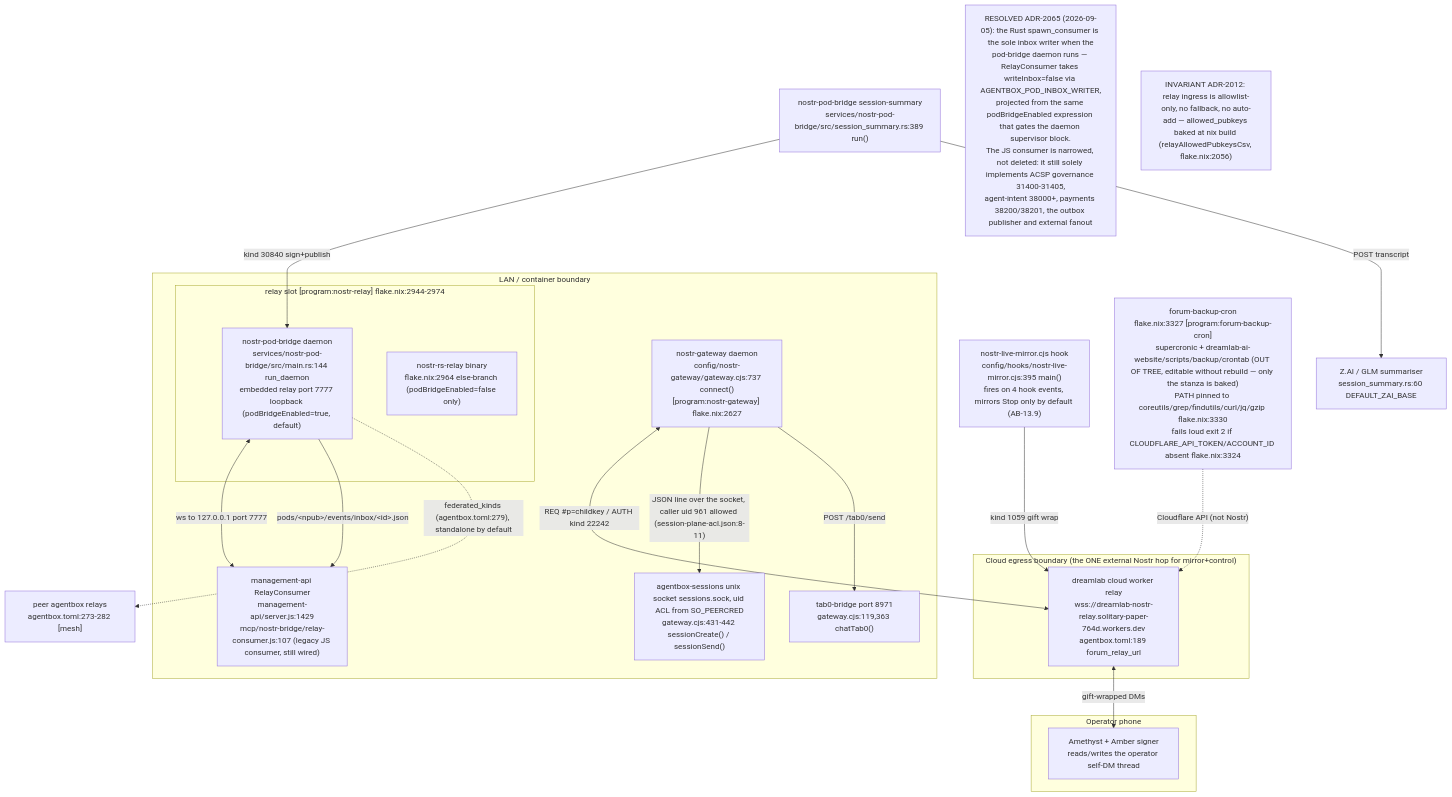
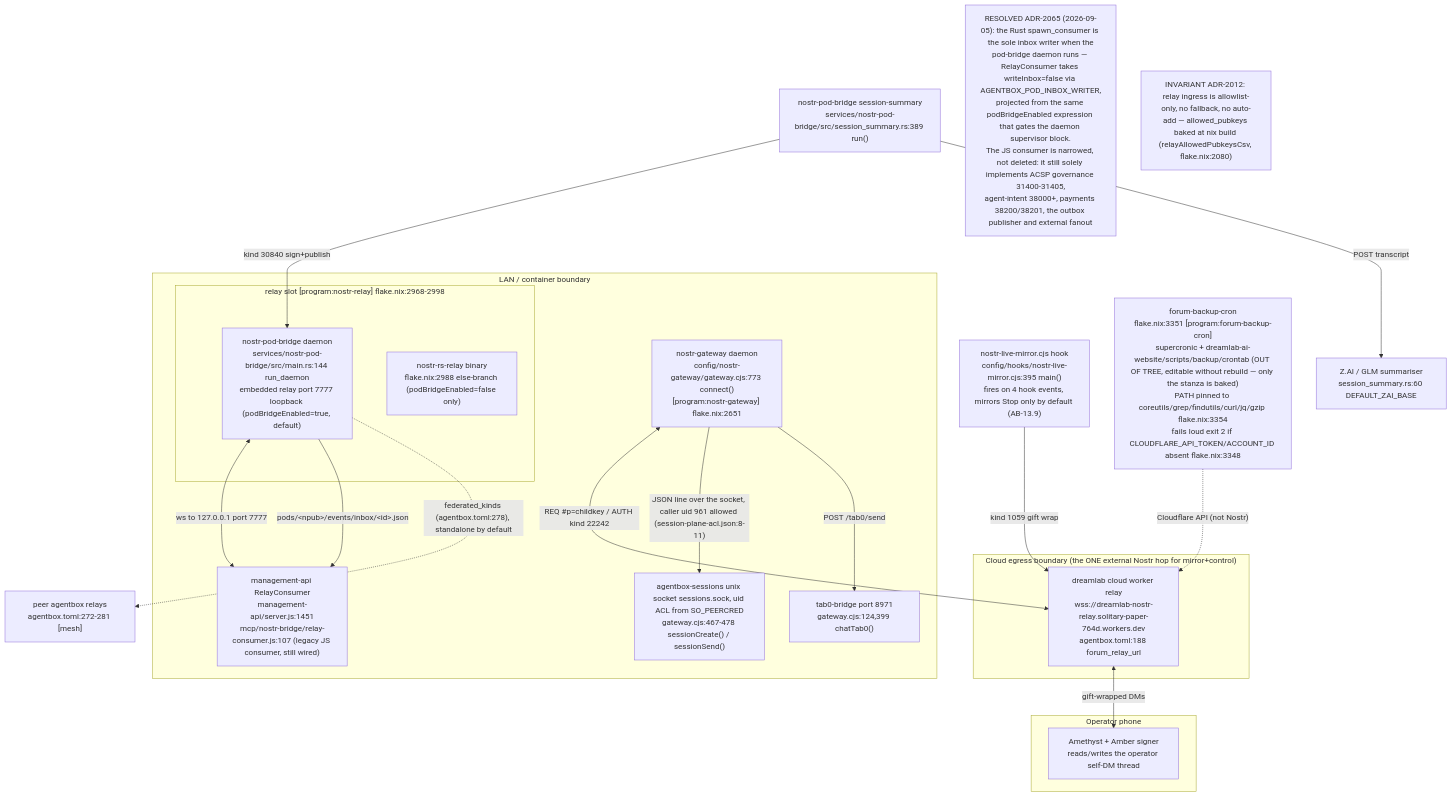
Before and after one commit to DreamLab-AI/VisionFlow: the first of 16 diagrams in docs/diagrams/agentbox/13-nostr-relay-gateway-bridge-mirror.md, drawn with Mermaid. The commit also changed other lines of this file and 7 other files, not shown here.

First line of the commit message:
diagrams(agentbox): re-verify AB-09..AB-16 at agentbox 59b1aca, re-stamp

````diff
--- a/docs/diagrams/agentbox/13-nostr-relay-gateway-bridge-mirror.md
+++ b/docs/diagrams/agentbox/13-nostr-relay-gateway-bridge-mirror.md
@@ -47,39 +48,39 @@
 ```mermaid
 flowchart TB
     subgraph lan["LAN / container boundary"]
-        subgraph relayslot["relay slot [program:nostr-relay] flake.nix:2944-2974"]
+        subgraph relayslot["relay slot [program:nostr-relay] flake.nix:2968-2998"]
             PB["nostr-pod-bridge daemon<br/>services/nostr-pod-bridge/src/main.rs:144 run_daemon<br/>embedded relay port 7777 loopback (podBridgeEnabled=true, default)"]
-            RS["nostr-rs-relay binary<br/>flake.nix:2964 else-branch (podBridgeEnabled=false only)"]
+            RS["nostr-rs-relay binary<br/>flake.nix:2988 else-branch (podBridgeEnabled=false only)"]
         end
-        GW["nostr-gateway daemon<br/>config/nostr-gateway/gateway.cjs:737 connect()<br/>[program:nostr-gateway] flake.nix:2627"]
-        MGMT["management-api RelayConsumer<br/>management-api/server.js:1429<br/>mcp/nostr-bridge/relay-consumer.js:107 (legacy JS consumer, still wired)"]
-        SESS["agentbox-sessions unix socket sessions.sock, uid ACL from SO_PEERCRED<br/>gateway.cjs:431-442 sessionCreate() / sessionSend()"]
-        TAB0["tab0-bridge port 8971<br/>gateway.cjs:119,363 chatTab0()"]
+        GW["nostr-gateway daemon<br/>config/nostr-gateway/gateway.cjs:773 connect()<br/>[program:nostr-gateway] flake.nix:2651"]
+        MGMT["management-api RelayConsumer<br/>management-api/server.js:1451<br/>mcp/nostr-bridge/relay-consumer.js:107 (legacy JS consumer, still wired)"]
+        SESS["agentbox-sessions unix socket sessions.sock, uid ACL from SO_PEERCRED<br/>gateway.cjs:467-478 sessionCreate() / sessionSend()"]
+        TAB0["tab0-bridge port 8971<br/>gateway.cjs:124,399 chatTab0()"]
     end
     subgraph cloud["Cloud egress boundary (the ONE external Nostr hop for mirror+control)"]
-        CLOUD["dreamlab cloud worker relay<br/>wss://dreamlab-nostr-relay.solitary-paper-764d.workers.dev<br/>agentbox.toml:189 forum_relay_url"]
+        CLOUD["dreamlab cloud worker relay<br/>wss://dreamlab-nostr-relay.solitary-paper-764d.workers.dev<br/>agentbox.toml:188 forum_relay_url"]
     end
     subgraph phone["Operator phone"]
         AME["Amethyst + Amber signer<br/>reads/writes the operator self-DM thread"]
     end
     MIRROR["nostr-live-mirror.cjs hook<br/>config/hooks/nostr-live-mirror.cjs:395 main()<br/>fires on 4 hook events, mirrors Stop only by default (AB-13.9)"]
     DIGEST["nostr-pod-bridge session-summary<br/>services/nostr-pod-bridge/src/session_summary.rs:389 run()"]
     ZAI["Z.AI / GLM summariser<br/>session_summary.rs:60 DEFAULT_ZAI_BASE"]
-    FORUM["forum-backup-cron<br/>flake.nix:3327 [program:forum-backup-cron]<br/>supercronic + dreamlab-ai-website/scripts/backup/crontab (OUT OF TREE, editable without rebuild — only the stanza is baked)<br/>PATH pinned to coreutils/grep/findutils/curl/jq/gzip flake.nix:3330<br/>fails loud exit 2 if CLOUDFLARE_API_TOKEN/ACCOUNT_ID absent flake.nix:3324"]
-    MESH["peer agentbox relays<br/>agentbox.toml:273-282 [mesh]"]
+    FORUM["forum-backup-cron<br/>flake.nix:3351 [program:forum-backup-cron]<br/>supercronic + dreamlab-ai-website/scripts/backup/crontab (OUT OF TREE, editable without rebuild — only the stanza is baked)<br/>PATH pinned to coreutils/grep/findutils/curl/jq/gzip flake.nix:3354<br/>fails loud exit 2 if CLOUDFLARE_API_TOKEN/ACCOUNT_ID absent flake.nix:3348"]
+    MESH["peer agentbox relays<br/>agentbox.toml:272-281 [mesh]"]
 
     MIRROR -->|"kind 1059 gift wrap"| CLOUD
     GW <-->|"REQ #p=childkey / AUTH kind 22242"| CLOUD
     CLOUD <-->|"gift-wrapped DMs"| AME
     DIGEST -->|"kind 30840 sign+publish"| PB
     DIGEST -->|"POST transcript"| ZAI
     PB <-->|"ws to 127.0.0.1 port 7777"| MGMT
     PB -->|"pods/&lt;npub&gt;/events/inbox/&lt;id&gt;.json"| MGMT
     GW -->|"JSON line over the socket, caller uid 961 allowed (session-plane-acl.json:8-11)"| SESS
     GW -->|"POST /tab0/send"| TAB0
-    PB -.->|"federated_kinds (agentbox.toml:279), standalone by default"| MESH
+    PB -.->|"federated_kinds (agentbox.toml:278), standalone by default"| MESH
     FORUM -.->|"Cloudflare API (not Nostr)"| CLOUD
 
 N1["RESOLVED ADR-2065 (2026-09-05): the Rust spawn_consumer is the sole inbox writer when the<br/>pod-bridge daemon runs — RelayConsumer takes writeInbox=false via AGENTBOX_POD_INBOX_WRITER,<br/>projected from the same podBridgeEnabled expression that gates the daemon supervisor block.<br/>The JS consumer is narrowed, not deleted: it still solely implements ACSP governance 31400-31405,<br/>agent-intent 38000+, payments 38200/38201, the outbox publisher and external fanout"]
-    N2["INVARIANT ADR-2012: relay ingress is allowlist-only, no fallback, no auto-add — allowed_pubkeys baked at nix build (relayAllowedPubkeysCsv, flake.nix:2056)"]
+    N2["INVARIANT ADR-2012: relay ingress is allowlist-only, no fallback, no auto-add — allowed_pubkeys baked at nix build (relayAllowedPubkeysCsv, flake.nix:2080)"]
 ```
````
